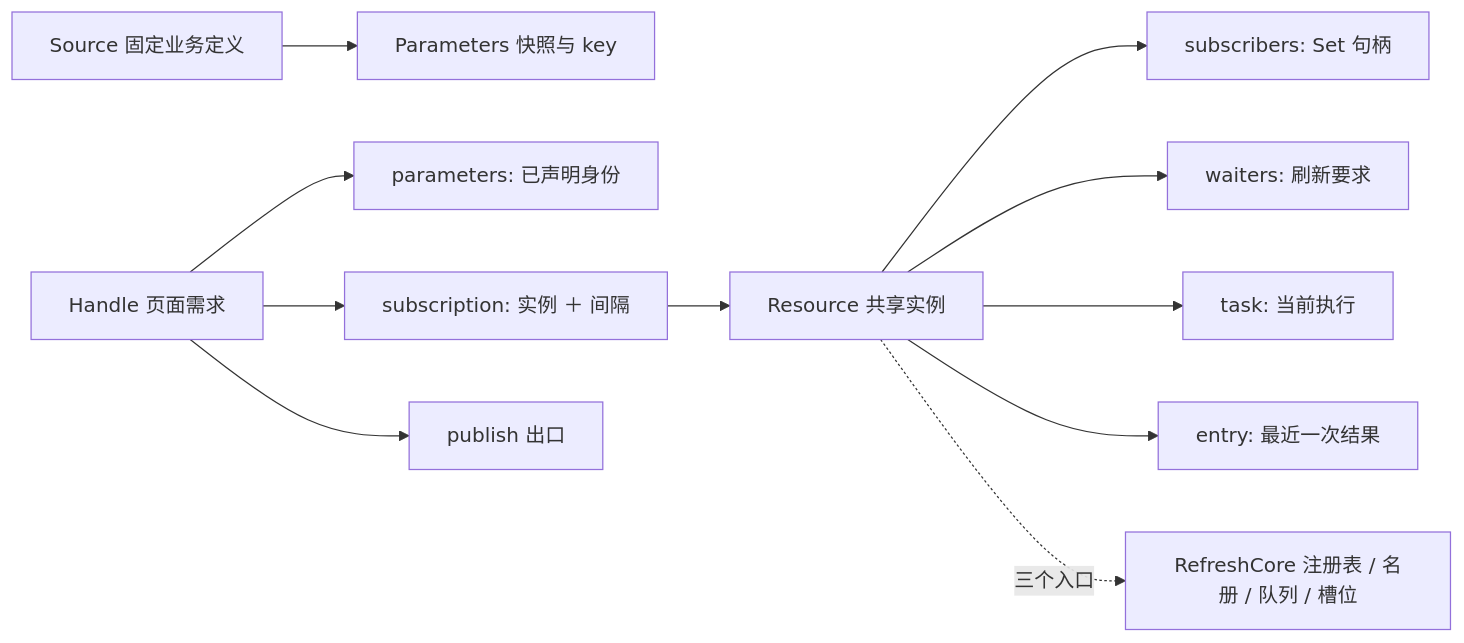
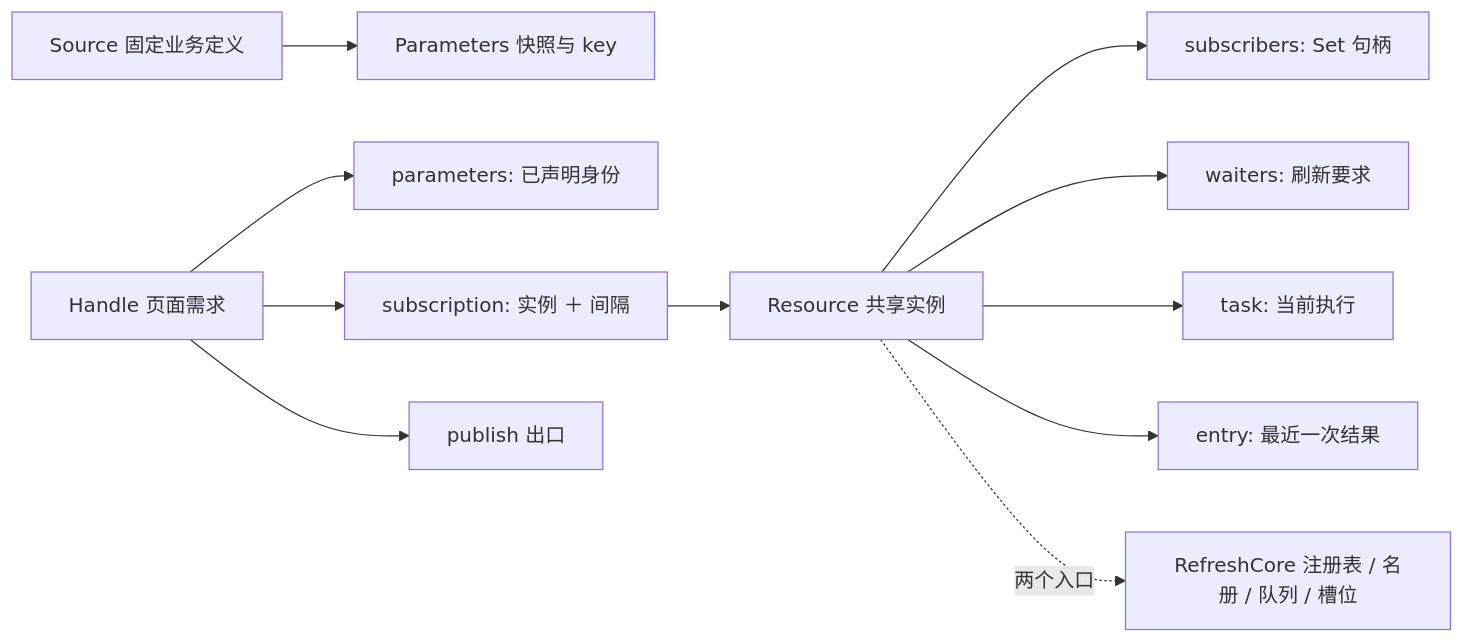
One commit to anjing0524/vue-refresh changed the diagram in DESIGN.md. Above: the diagram before and after it, drawn with Mermaid. The commit also changed other lines of this file and 7 other files, not shown here.

````diff
--- a/DESIGN.md
+++ b/DESIGN.md
@@ -78,13 +78,13 @@
 ```mermaid
 flowchart LR
   Source[Source 固定业务定义] --> Parameters[Parameters 快照与 key]
   Handle[Handle 页面需求] --> Params[parameters: 已声明身份]
   Handle --> Sub[subscription: 实例 ＋ 间隔]
   Handle --> Pub[publish 出口]
   Sub --> Resource[Resource 共享实例]
   Resource --> Subs[subscribers: Set 句柄]
   Resource --> Waiters[waiters: 刷新要求]
   Resource --> Task[task: 当前执行]
   Resource --> Entry[entry: 最近一次结果]
-  Resource -. 三个入口 .-> Core[RefreshCore 注册表 / 名册 / 队列 / 槽位]
+  Resource -. 两个入口 .-> Core[RefreshCore 注册表 / 名册 / 队列 / 槽位]
 ```
````
